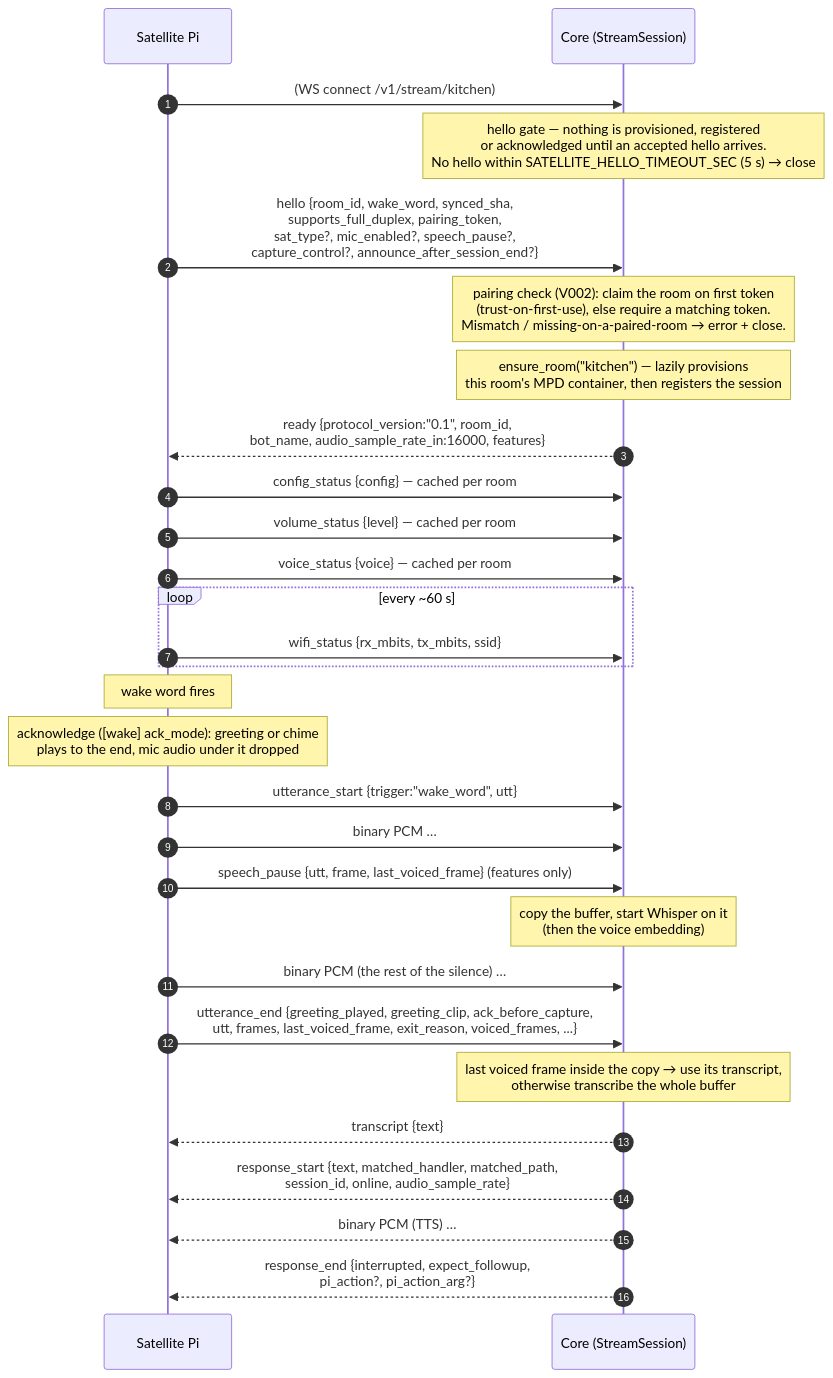
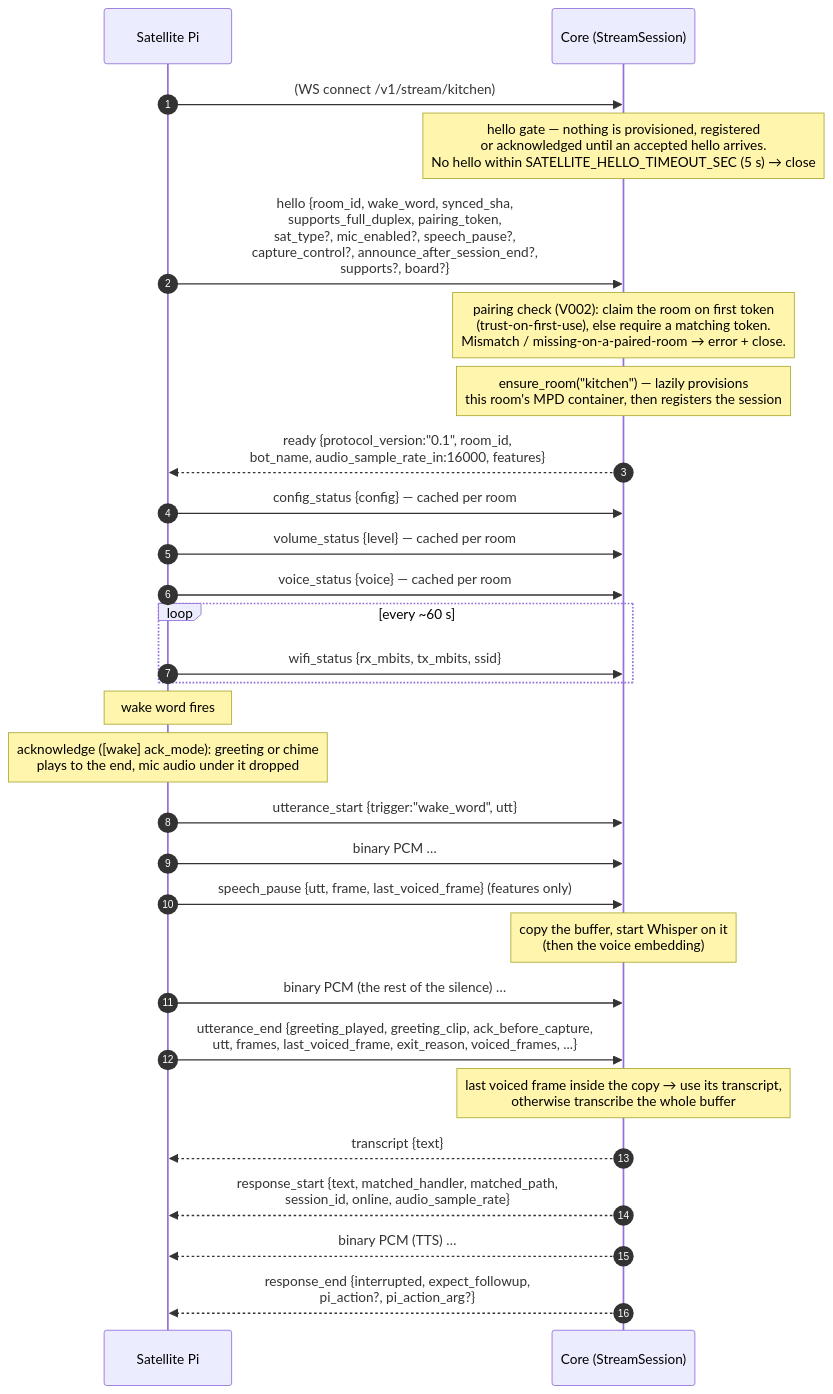
Before and after one commit to coders-farm-official/domovoi: the first of 3 diagrams in docs/uml/satellite-protocol.md, drawn with Mermaid. The commit also changed other lines of this file and 18 other files, not shown here.

````diff
--- a/docs/uml/satellite-protocol.md
+++ b/docs/uml/satellite-protocol.md
@@ -19,34 +19,34 @@
 ```mermaid
 sequenceDiagram
     autonumber
     participant Pi as Satellite Pi
     participant S as Core (StreamSession)
 
     Pi->>S: (WS connect /v1/stream/kitchen)
     Note over S: hello gate — nothing is provisioned, registered<br/>or acknowledged until an accepted hello arrives.<br/>No hello within SATELLITE_HELLO_TIMEOUT_SEC (5 s) → close
-    Pi->>S: hello {room_id, wake_word, synced_sha,<br/>supports_full_duplex, pairing_token,<br/>sat_type?, mic_enabled?, speech_pause?,<br/>capture_control?, announce_after_session_end?}
+    Pi->>S: hello {room_id, wake_word, synced_sha,<br/>supports_full_duplex, pairing_token,<br/>sat_type?, mic_enabled?, speech_pause?,<br/>capture_control?, announce_after_session_end?,<br/>supports?, board?}
     Note over S: pairing check (V002): claim the room on first token<br/>(trust-on-first-use), else require a matching token.<br/>Mismatch / missing-on-a-paired-room → error + close.
     Note over S: ensure_room("kitchen") — lazily provisions<br/>this room's MPD container, then registers the session
     S-->>Pi: ready {protocol_version:"0.1", room_id,<br/>bot_name, audio_sample_rate_in:16000, features}
     Pi->>S: config_status {config}          — cached per room
     Pi->>S: volume_status {level}           — cached per room
     Pi->>S: voice_status {voice}            — cached per room
 
     loop every ~60 s
         Pi->>S: wifi_status {rx_mbits, tx_mbits, ssid}
     end
 
     Note over Pi: wake word fires
     Note over Pi: acknowledge ([wake] ack_mode): greeting or chime<br/>plays to the end, mic audio under it dropped
     Pi->>S: utterance_start {trigger:"wake_word", utt}
     Pi->>S: binary PCM …
     Pi->>S: speech_pause {utt, frame, last_voiced_frame} (features only)
     Note over S: copy the buffer, start Whisper on it<br/>(then the voice embedding)
     Pi->>S: binary PCM (the rest of the silence) …
     Pi->>S: utterance_end {greeting_played, greeting_clip, ack_before_capture,<br/>utt, frames, last_voiced_frame, exit_reason, voiced_frames, ...}
     Note over S: last voiced frame inside the copy → use its transcript,<br/>otherwise transcribe the whole buffer
     S-->>Pi: transcript {text}
     S-->>Pi: response_start {text, matched_handler, matched_path,<br/>session_id, online, audio_sample_rate}
     S-->>Pi: binary PCM (TTS) …
     S-->>Pi: response_end {interrupted, expect_followup,<br/>pi_action?, pi_action_arg?}
 ```
````
